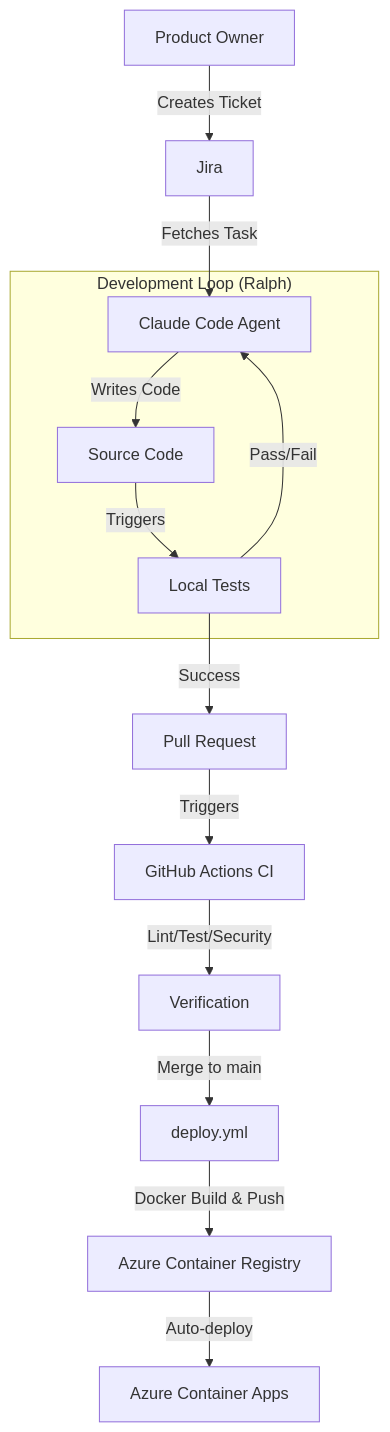
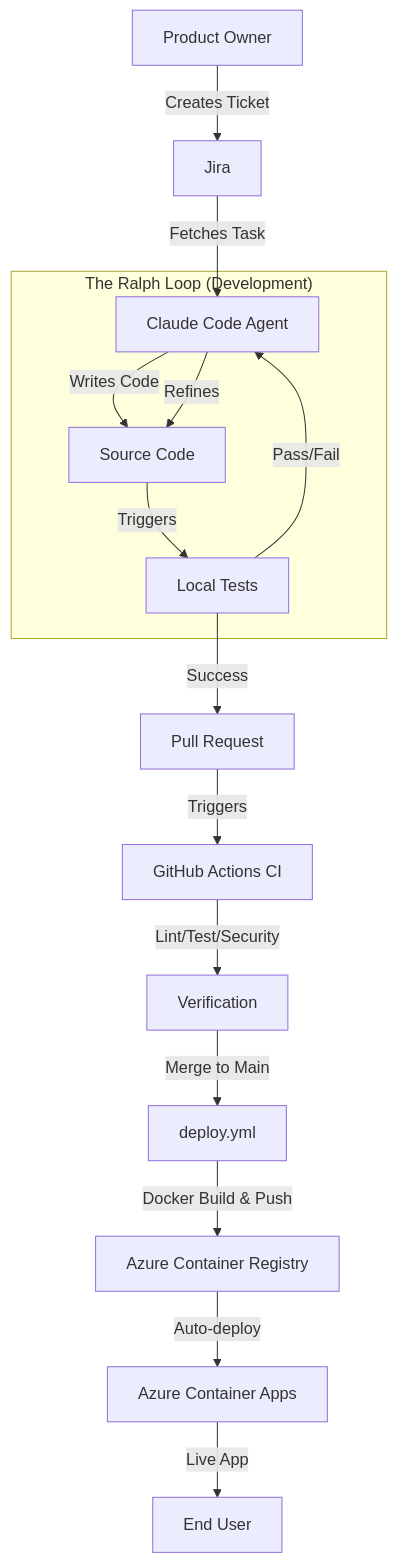
One commit to itsimonfredlingjack/grupp-ett-github changed the diagram in README.md. Above: the diagram before and after it, drawn with Mermaid. The commit also changed other lines of this file and 10 other files, not shown here.

````diff
--- a/README.md
+++ b/README.md
@@ -31,16 +52,18 @@
 ```mermaid
 graph TD
     User[Product Owner] -->|Creates Ticket| Jira[Jira]
     Jira -->|Fetches Task| Agent[Claude Code Agent]
-    subgraph "Development Loop (Ralph)"
+    subgraph "The Ralph Loop (Development)"
         Agent -->|Writes Code| Code[Source Code]
         Code -->|Triggers| Tests[Local Tests]
         Tests -->|Pass/Fail| Agent
+        Agent -->|Refines| Code
     end
     Tests -->|Success| PR[Pull Request]
     PR -->|Triggers| CI[GitHub Actions CI]
     CI -->|Lint/Test/Security| Verify[Verification]
-    Verify -->|Merge to main| Deploy[deploy.yml]
+    Verify -->|Merge to Main| Deploy[deploy.yml]
     Deploy -->|Docker Build & Push| ACR[Azure Container Registry]
     ACR -->|Auto-deploy| Azure[Azure Container Apps]
+    Azure -->|Live App| EndUser[End User]
 ```
````
